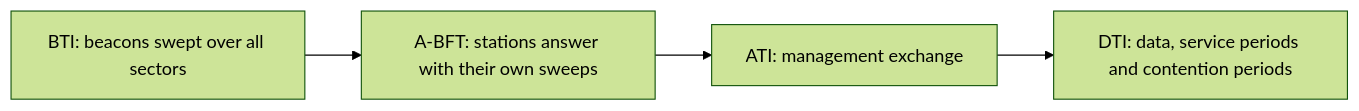
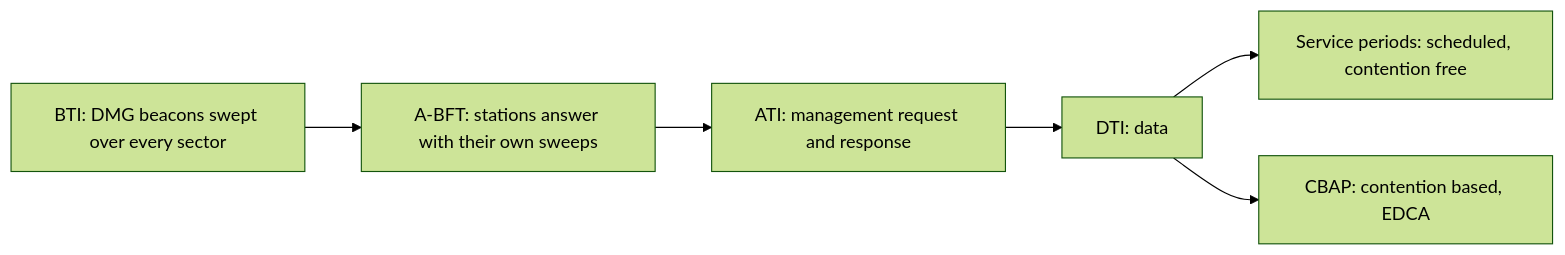
Before and after one commit to Princeahrwar/Study: the second of 5 diagrams in 07_networking/10_wifi/14_wifi_amendments_and_special_phys.md, drawn with Mermaid (forest theme). The commit also changed other lines of this file and 1 other file, not shown here.

First line of the commit message:
WF 14: expanded concept-first rewrite covering all amendments, antennas, problems and answers

````diff
--- a/07_networking/10_wifi/14_wifi_amendments_and_special_phys.md
+++ b/07_networking/10_wifi/14_wifi_amendments_and_special_phys.md
@@ -131,6 +175,8 @@
 ```mermaid
 flowchart LR
-    BTI["BTI: beacons swept over all sectors"] --> ABFT["A-BFT: stations answer with their own sweeps"]
-    ABFT --> ATI["ATI: management exchange"]
-    ATI --> DTI["DTI: data, service periods and contention periods"]
+    BTI["BTI: DMG beacons swept over every sector"] --> ABFT["A-BFT: stations answer with their own sweeps"]
+    ABFT --> ATI["ATI: management request and response"]
+    ATI --> DTI["DTI: data"]
+    DTI --> SP["Service periods: scheduled, contention free"]
+    DTI --> CBAP["CBAP: contention based, EDCA"]
 ```
````
